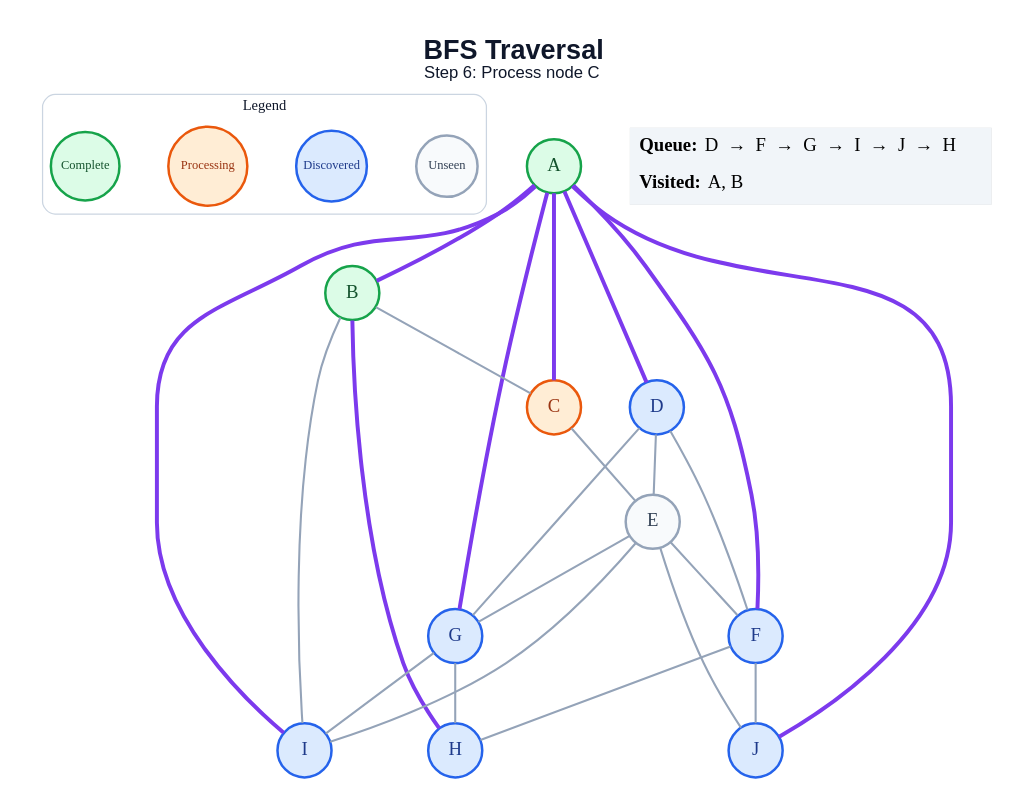
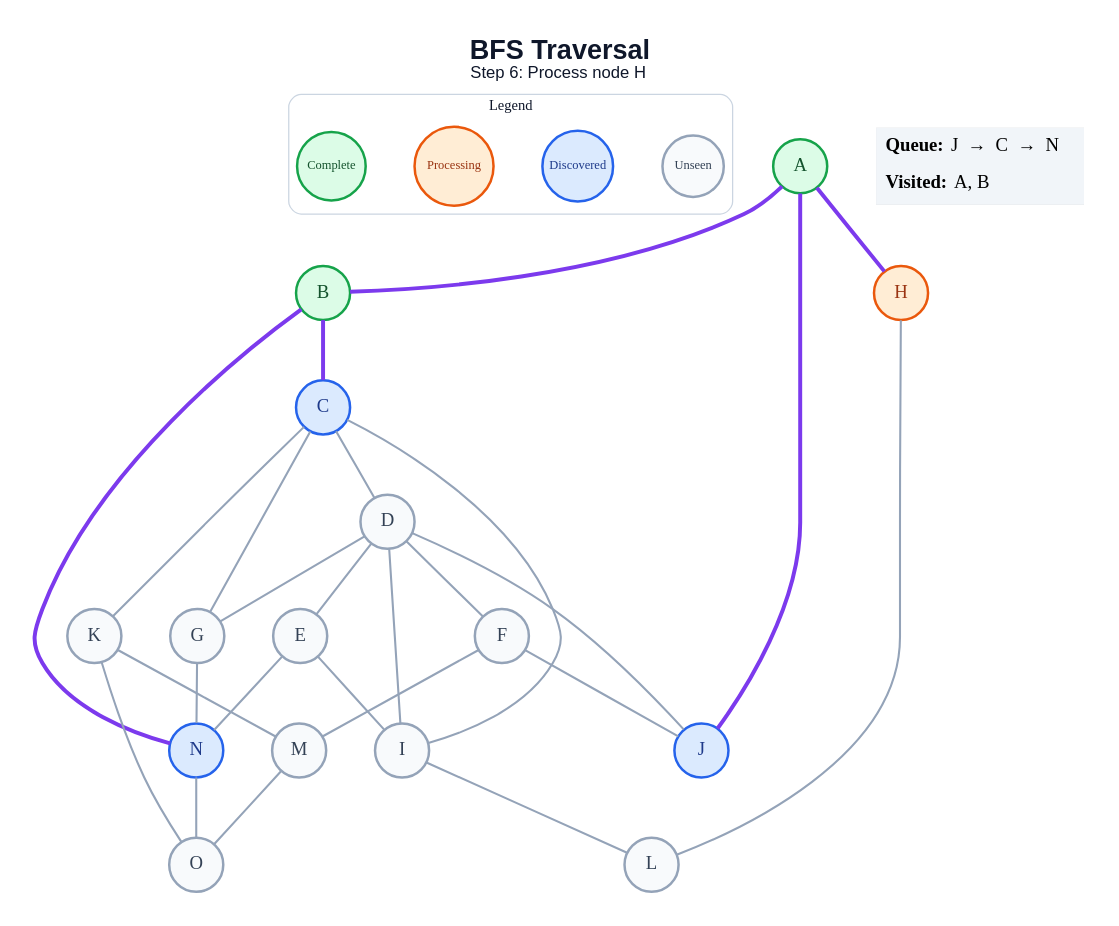
One commit to anon7238593-create/ai-slop changed the diagram in generated/bfs/step_06.dot. Above: the diagram before and after it, drawn with Graphviz. The commit also changed 268 other files, not shown here.

```diff
--- a/generated/bfs/step_06.dot
+++ b/generated/bfs/step_06.dot
@@ -1,51 +1,59 @@
 graph traversal {
   graph [layout=dot, rankdir=TB, bgcolor="#FFFFFF", pad="0.35", nodesep="0.65", ranksep="0.8", fontname="Arial"];
   node [shape=circle, style="filled", fontname="Arial Bold", fontsize=18, width=0.72, fixedsize=true, penwidth=2.4];
   edge [color="#94A3B8", penwidth=2.0];
-  label=<<B>BFS Traversal</B><BR/><FONT POINT-SIZE="16">Step 6: Process node C</FONT>>; labelloc="t"; fontsize=26; fontname="Arial"; fontcolor="#0F172A";
+  label=<<B>BFS Traversal</B><BR/><FONT POINT-SIZE="16">Step 6: Process node H</FONT>>; labelloc="t"; fontsize=26; fontname="Arial"; fontcolor="#0F172A";
   subgraph cluster_legend { label="Legend"; color="#CBD5E1"; penwidth=1.2; style="rounded"; fontsize=14; fontname="Arial Bold";
     key_unseen [label="Unseen", fillcolor="#F8FAFC", color="#94A3B8", fontcolor="#334155", fontsize=12, width=0.82];
     key_frontier [label="Discovered", fillcolor="#DBEAFE", color="#2563EB", fontcolor="#1E3A8A", fontsize=12, width=0.95];
     key_current [label="Processing", fillcolor="#FFEDD5", color="#EA580C", fontcolor="#9A3412", fontsize=12, width=1.05];
     key_done [label="Complete", fillcolor="#DCFCE7", color="#16A34A", fontcolor="#14532D", fontsize=12, width=0.92];
     { rank=same; key_unseen; key_frontier; key_current; key_done; }
   }
   A [fillcolor="#DCFCE7", color="#16A34A", fontcolor="#14532D"];
   B [fillcolor="#DCFCE7", color="#16A34A", fontcolor="#14532D"];
-  C [fillcolor="#FFEDD5", color="#EA580C", fontcolor="#9A3412"];
-  D [fillcolor="#DBEAFE", color="#2563EB", fontcolor="#1E3A8A"];
+  C [fillcolor="#DBEAFE", color="#2563EB", fontcolor="#1E3A8A"];
+  D [fillcolor="#F8FAFC", color="#94A3B8", fontcolor="#334155"];
   E [fillcolor="#F8FAFC", color="#94A3B8", fontcolor="#334155"];
-  F [fillcolor="#DBEAFE", color="#2563EB", fontcolor="#1E3A8A"];
-  G [fillcolor="#DBEAFE", color="#2563EB", fontcolor="#1E3A8A"];
-  H [fillcolor="#DBEAFE", color="#2563EB", fontcolor="#1E3A8A"];
-  I [fillcolor="#DBEAFE", color="#2563EB", fontcolor="#1E3A8A"];
+  F [fillcolor="#F8FAFC", color="#94A3B8", fontcolor="#334155"];
+  G [fillcolor="#F8FAFC", color="#94A3B8", fontcolor="#334155"];
+  H [fillcolor="#FFEDD5", color="#EA580C", fontcolor="#9A3412"];
+  I [fillcolor="#F8FAFC", color="#94A3B8", fontcolor="#334155"];
   J [fillcolor="#DBEAFE", color="#2563EB", fontcolor="#1E3A8A"];
+  K [fillcolor="#F8FAFC", color="#94A3B8", fontcolor="#334155"];
+  L [fillcolor="#F8FAFC", color="#94A3B8", fontcolor="#334155"];
+  M [fillcolor="#F8FAFC", color="#94A3B8", fontcolor="#334155"];
+  N [fillcolor="#DBEAFE", color="#2563EB", fontcolor="#1E3A8A"];
+  O [fillcolor="#F8FAFC", color="#94A3B8", fontcolor="#334155"];
   A -- B [color="#7C3AED", penwidth=3.8];
-  A -- C [color="#7C3AED", penwidth=3.8];
-  A -- D [color="#7C3AED", penwidth=3.8];
-  A -- F [color="#7C3AED", penwidth=3.8];
-  A -- G [color="#7C3AED", penwidth=3.8];
-  A -- I [color="#7C3AED", penwidth=3.8];
+  A -- H [color="#7C3AED", penwidth=3.8];
   A -- J [color="#7C3AED", penwidth=3.8];
-  B -- C;
-  B -- H [color="#7C3AED", penwidth=3.8];
-  B -- I;
-  C -- E;
+  B -- C [color="#7C3AED", penwidth=3.8];
+  B -- N [color="#7C3AED", penwidth=3.8];
+  C -- D;
+  C -- G;
+  C -- I;
+  C -- K;
   D -- E;
   D -- F;
   D -- G;
-  E -- F;
-  E -- G;
+  D -- I;
+  D -- J;
   E -- I;
-  E -- J;
-  F -- H;
+  E -- N;
   F -- J;
-  G -- H;
-  G -- I;
+  F -- M;
+  G -- N;
+  H -- L;
+  I -- L;
+  K -- M;
+  K -- O;
+  M -- O;
+  N -- O;
   status [shape=plain, fixedsize=false, width=0, height=0, margin=0, label=<
     <TABLE BORDER="0" CELLBORDER="0" CELLPADDING="7" BGCOLOR="#F1F5F9">
-      <TR><TD ALIGN="LEFT"><B>Queue:</B> D  →  F  →  G  →  I  →  J  →  H</TD></TR>
+      <TR><TD ALIGN="LEFT"><B>Queue:</B> J  →  C  →  N</TD></TR>
       <TR><TD ALIGN="LEFT"><B>Visited:</B> A, B</TD></TR>
     </TABLE>
   >];
 }
```
